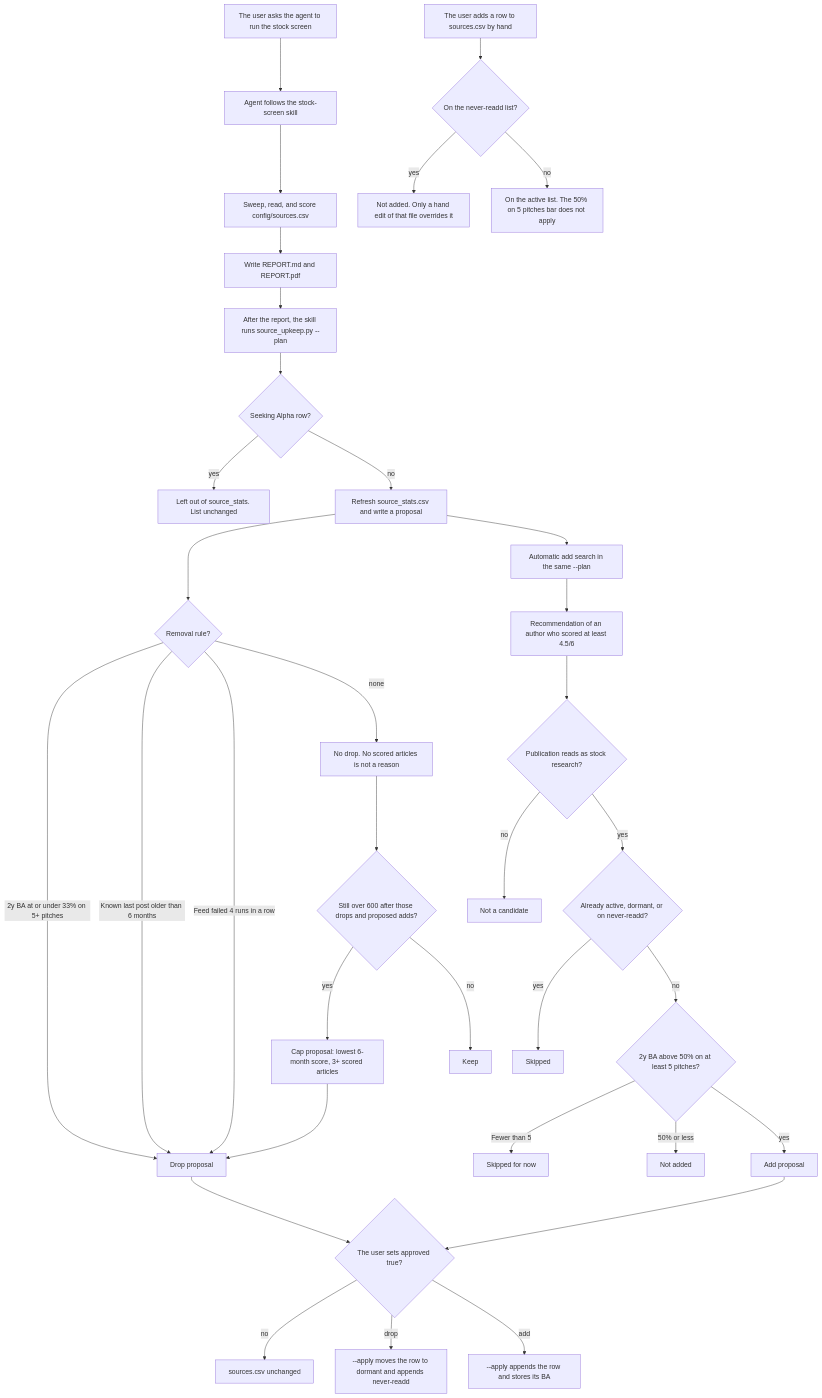
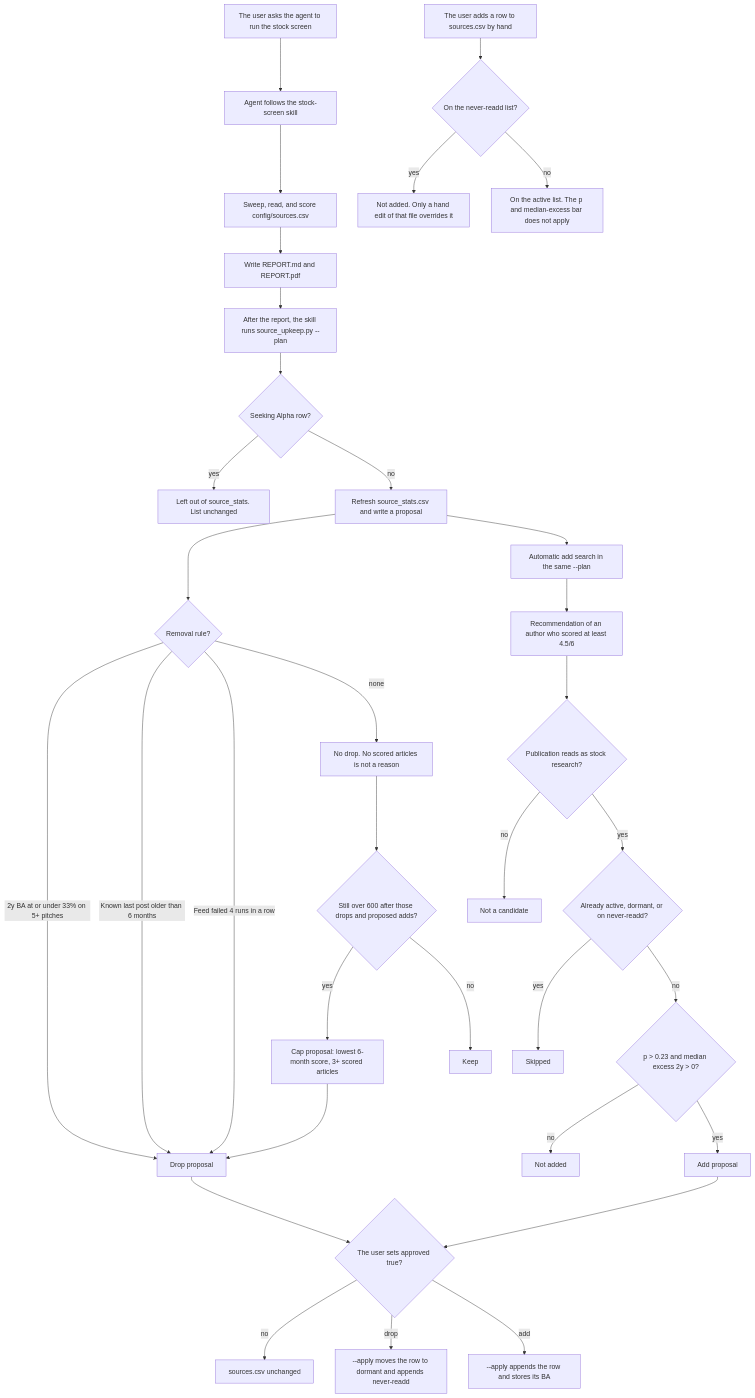
Before and after one commit to mtlr05/screeny: the diagram in README.md, drawn with Mermaid. The commit also changed other lines of this file and 4 other files, not shown here.

First line of the commit message:
Change the automatic add bar to chance and median excess.

````diff
--- a/README.md
+++ b/README.md
@@ -100,54 +100,53 @@
 ```mermaid
 flowchart TD
   ask["The user asks the agent to run the stock screen"]
   skill["Agent follows the stock-screen skill"]
   sweep["Sweep, read, and score config/sources.csv"]
   report["Write REPORT.md and REPORT.pdf"]
   planNode["After the report, the skill runs source_upkeep.py --plan"]
   ask --> skill --> sweep --> report --> planNode
 
   sa{"Seeking Alpha row?"}
   planNode --> sa
   sa -->|yes| untracked["Left out of source_stats. List unchanged"]
   sa -->|no| stats["Refresh source_stats.csv and write a proposal"]
 
   drop{"Removal rule?"}
   stats --> drop
   drop -->|"2y BA at or under 33% on 5+ pitches"| dropProp["Drop proposal"]
   drop -->|"Known last post older than 6 months"| dropProp
   drop -->|"Feed failed 4 runs in a row"| dropProp
   drop -->|none| kept["No drop. No scored articles is not a reason"]
 
   cap{"Still over 600 after those drops and proposed adds?"}
   kept --> cap
   cap -->|yes| trim["Cap proposal: lowest 6-month score, 3+ scored articles"]
   cap -->|no| remain["Keep"]
   trim --> dropProp
 
   auto["Automatic add search in the same --plan"]
   stats --> auto
   high["Recommendation of an author who scored at least 4.5/6"]
   auto --> high
   stock{"Publication reads as stock research?"}
   high --> stock
   stock -->|no| skipTopic["Not a candidate"]
   stock -->|yes| known{"Already active, dormant, or on never-readd?"}
   known -->|yes| skipKnown["Skipped"]
-  known -->|no| bar{"2y BA above 50% on at least 5 pitches?"}
-  bar -->|"Fewer than 5"| skipFew["Skipped for now"]
-  bar -->|"50% or less"| notAdded["Not added"]
+  known -->|no| bar{"p > 0.23 and median excess 2y > 0?"}
+  bar -->|no| notAdded["Not added"]
   bar -->|yes| addProp["Add proposal"]
 
   approve{"The user sets approved true?"}
   dropProp --> approve
   addProp --> approve
   approve -->|no| unchanged["sources.csv unchanged"]
   approve -->|drop| parked["--apply moves the row to dormant and appends never-readd"]
   approve -->|add| applied["--apply appends the row and stores its BA"]
 
   hand["The user adds a row to sources.csv by hand"]
   handCheck{"On the never-readd list?"}
   hand --> handCheck
   handCheck -->|yes| handNo["Not added. Only a hand edit of that file overrides it"]
-  handCheck -->|no| handYes["On the active list. The 50% on 5 pitches bar does not apply"]
+  handCheck -->|no| handYes["On the active list. The p and median-excess bar does not apply"]
 ```
````
